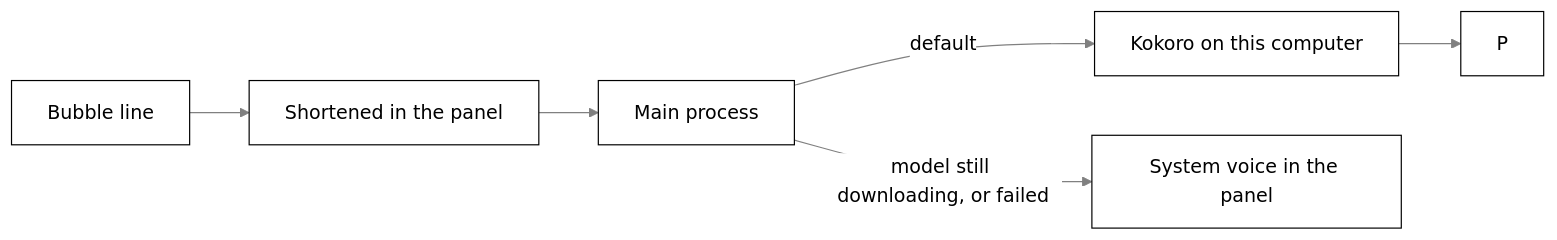
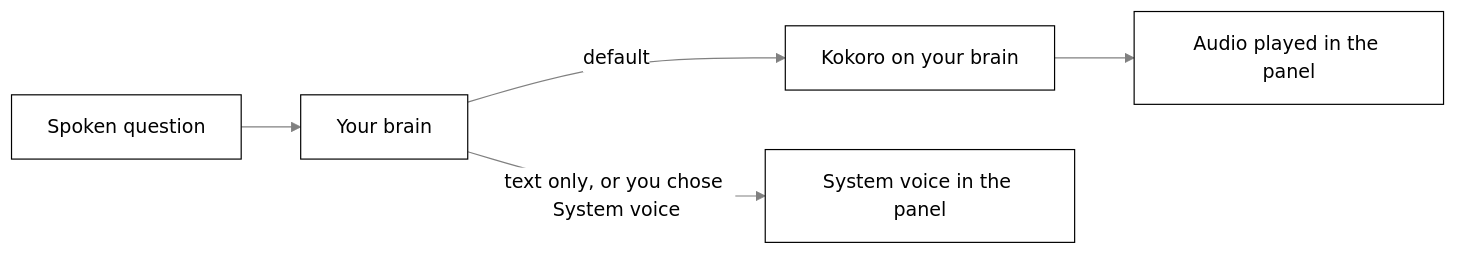
The first of 2 diagrams in docs/privacy.md (nadeem4/tagalong), drawn with Mermaid before and after one commit. The commit also changed other lines of this file and 101 other files, not shown here.

First line of the commit message:
refactor(desktop): hear and speak through the brain, drop the voice process (15d) (#220)

````diff
--- a/docs/privacy.md
+++ b/docs/privacy.md
@@ -229,9 +229,8 @@
 ```mermaid
 %%{init: {"theme": "base", "themeVariables": {"primaryColor": "#ffffff", "primaryTextColor": "#000000", "primaryBorderColor": "#000000", "lineColor": "#808080", "secondaryColor": "#f2f2f2", "tertiaryColor": "#ffffff", "clusterBkg": "#f7f7f7", "clusterBorder": "#808080", "edgeLabelBackground": "#ffffff", "titleColor": "#808080", "fontFamily": "Segoe UI, Helvetica, Arial, sans-serif"}}}%%
 flowchart LR
-  B["Bubble line"] --> S["Shortened in the panel"]
-  S --> M["Main process"]
-  M -->|"default"| K["Kokoro on this computer"]
-  M -->|"model still downloading, or failed"| W["System voice in the panel"]
-  K --> P
+  B["Spoken question"] --> M["Your brain"]
+  M -->|"default"| K["Kokoro on your brain"]
+  M -->|"text only, or you chose System voice"| W["System voice in the panel"]
+  K --> P["Audio played in the panel"]
 ```
````
